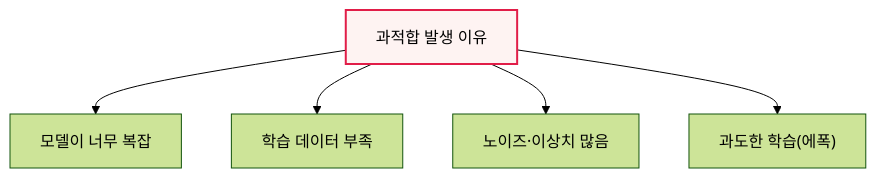
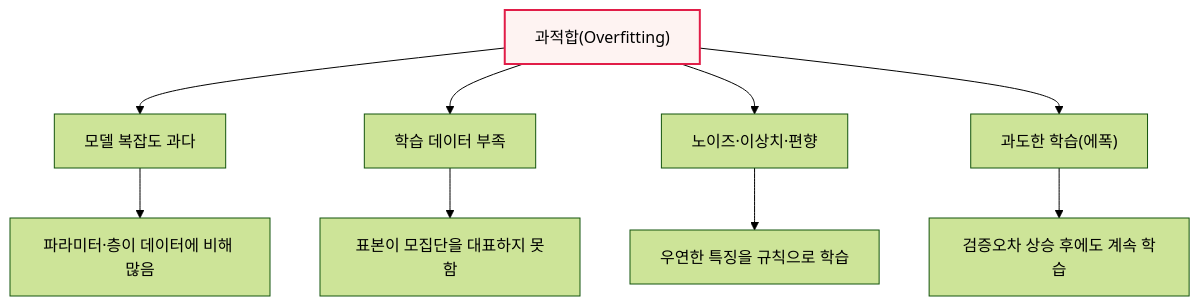
The first of 2 diagrams in content/overfitting.md (coninggu/wjdqhrhksflrltnftk), drawn with Mermaid (forest theme) before and after one commit. The commit also changed other lines of this file and 3 other files, not shown here.

Commit message:
Deepen 6G 이동통신, 과적합(Overfitting) (auto)

````diff
--- a/content/overfitting.md
+++ b/content/overfitting.md
@@ -12,8 +32,12 @@
 ```mermaid
 flowchart TB
-  O[과적합 발생 이유] --> C[모델이 너무 복잡]
-  O --> D[학습 데이터 부족]
-  O --> N[노이즈·이상치 많음]
+  O["과적합(Overfitting)"] --> C["모델 복잡도 과다"]
+  O --> D["학습 데이터 부족"]
+  O --> N["노이즈·이상치·편향"]
   O --> T["과도한 학습(에폭)"]
+  C --> C1["파라미터·층이 데이터에 비해 많음"]
+  D --> D1["표본이 모집단을 대표하지 못함"]
+  N --> N1["우연한 특징을 규칙으로 학습"]
+  T --> T1["검증오차 상승 후에도 계속 학습"]
   style O fill:#fef3f2,stroke:#e11d48,stroke-width:2px
 ```
````
